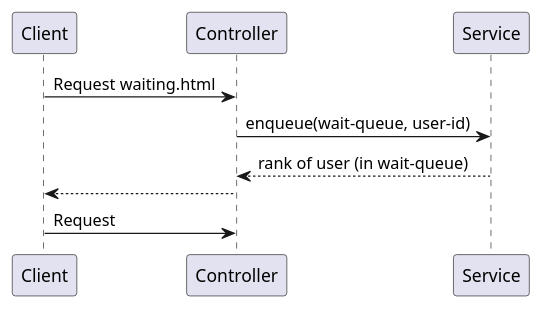
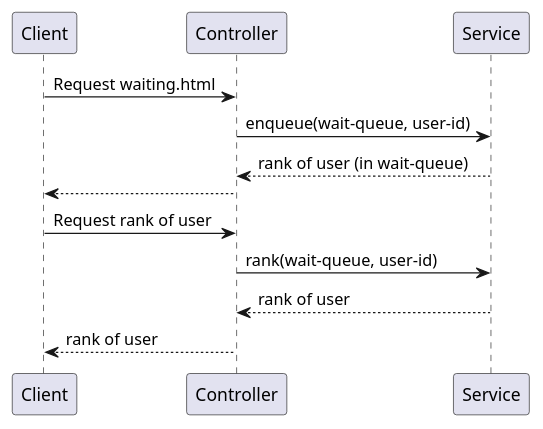
The diagram in _diary/2024-06-08.md (yanghoon/obsidian-workspace), drawn with PlantUML before and after one commit.

Commit message:
vault backup: 2024-06-08 14:11:37

````diff
--- a/_diary/2024-06-08.md
+++ b/_diary/2024-06-08.md
@@ -5,8 +5,11 @@
 ```plantuml
 Client -> Controller: Request waiting.html
 Controller -> Service: enqueue(wait-queue, user-id)
 Controller <-- Service: rank of user (in wait-queue)
 Client <-- Controller
 
-Client -> Controller: Request
+Client -> Controller: Request rank of user
+Controller -> Service: rank(wait-queue, user-id)
+Controller <-- Service: rank of user
+Client <-- Controller: rank of user
 ```
````
